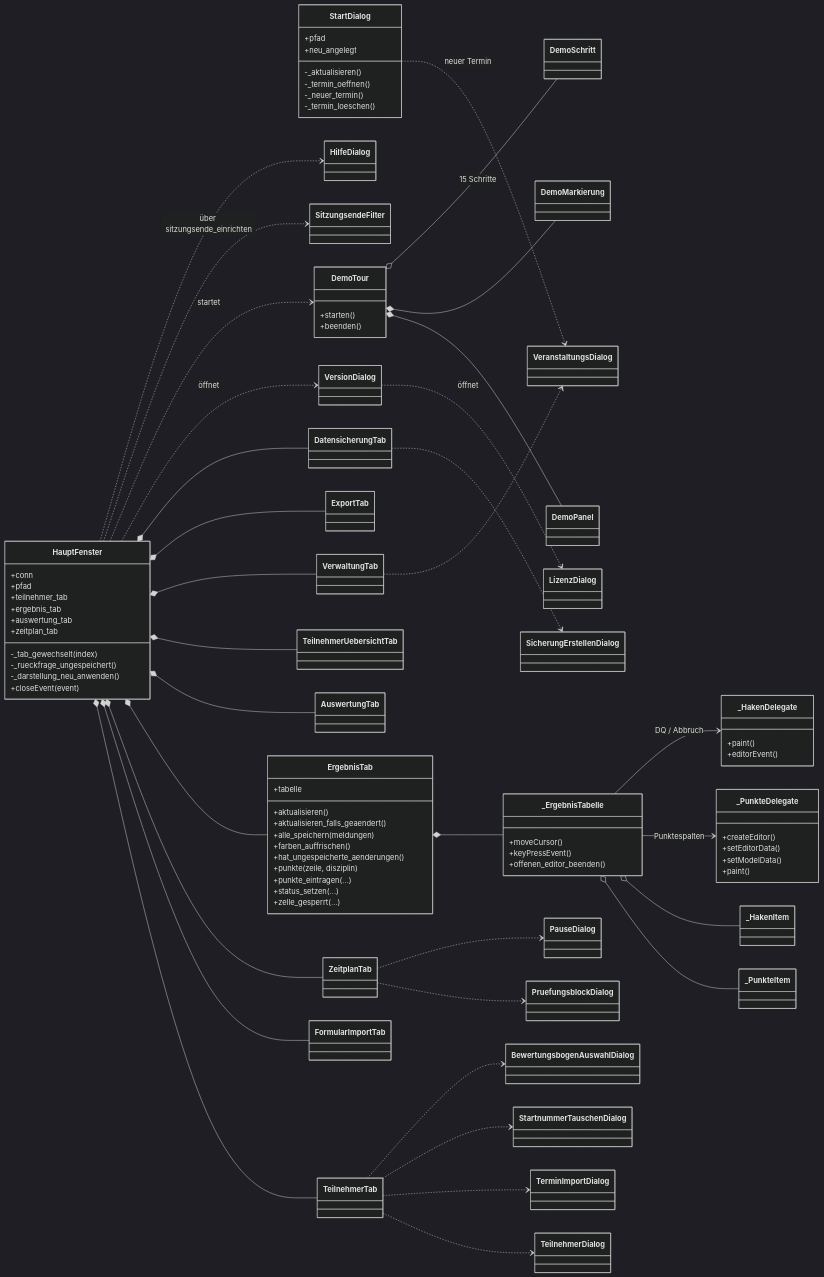
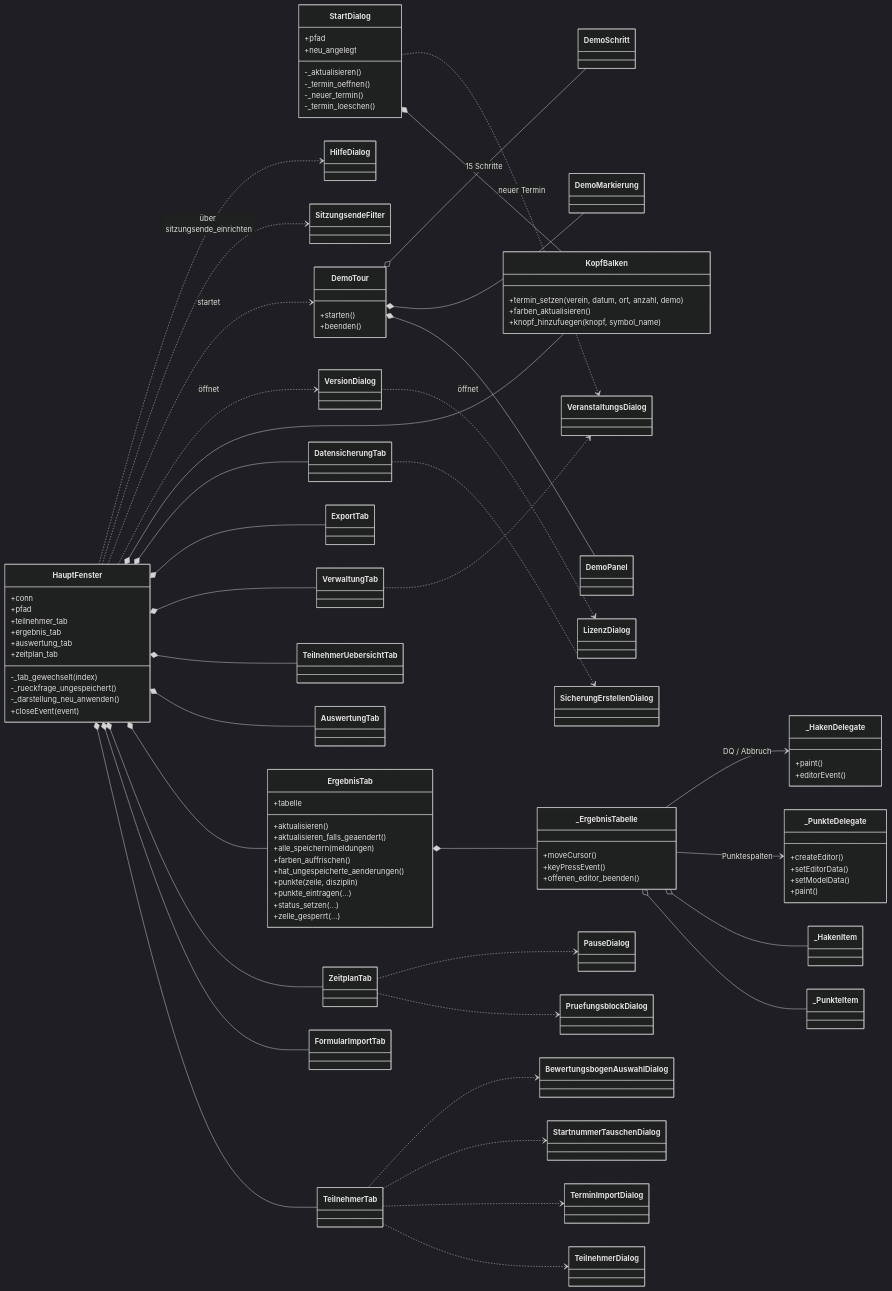
One commit to mbruver-source/SHS changed the second of 13 diagrams in UML.md. Above: the diagram before and after it, drawn with Mermaid (dark theme). The commit also changed 68 other files, not shown here.

```diff
--- a/UML.md
+++ b/UML.md
@@ -106,6 +106,11 @@
         -_termin_oeffnen()
         -_neuer_termin()
         -_termin_loeschen()
+    }
+    class KopfBalken {
+        +termin_setzen(verein, datum, ort, anzahl, demo)
+        +farben_aktualisieren()
+        +knopf_hinzufuegen(knopf, symbol_name)
     }
     class TeilnehmerTab
     class FormularImportTab
@@ -174,6 +179,8 @@
     HauptFenster *-- VerwaltungTab
     HauptFenster *-- ExportTab
     HauptFenster *-- DatensicherungTab
+    HauptFenster *-- KopfBalken
+    StartDialog *-- KopfBalken
     HauptFenster ..> VersionDialog : öffnet
     VersionDialog ..> LizenzDialog : öffnet
     HauptFenster ..> DemoTour : startet
```
